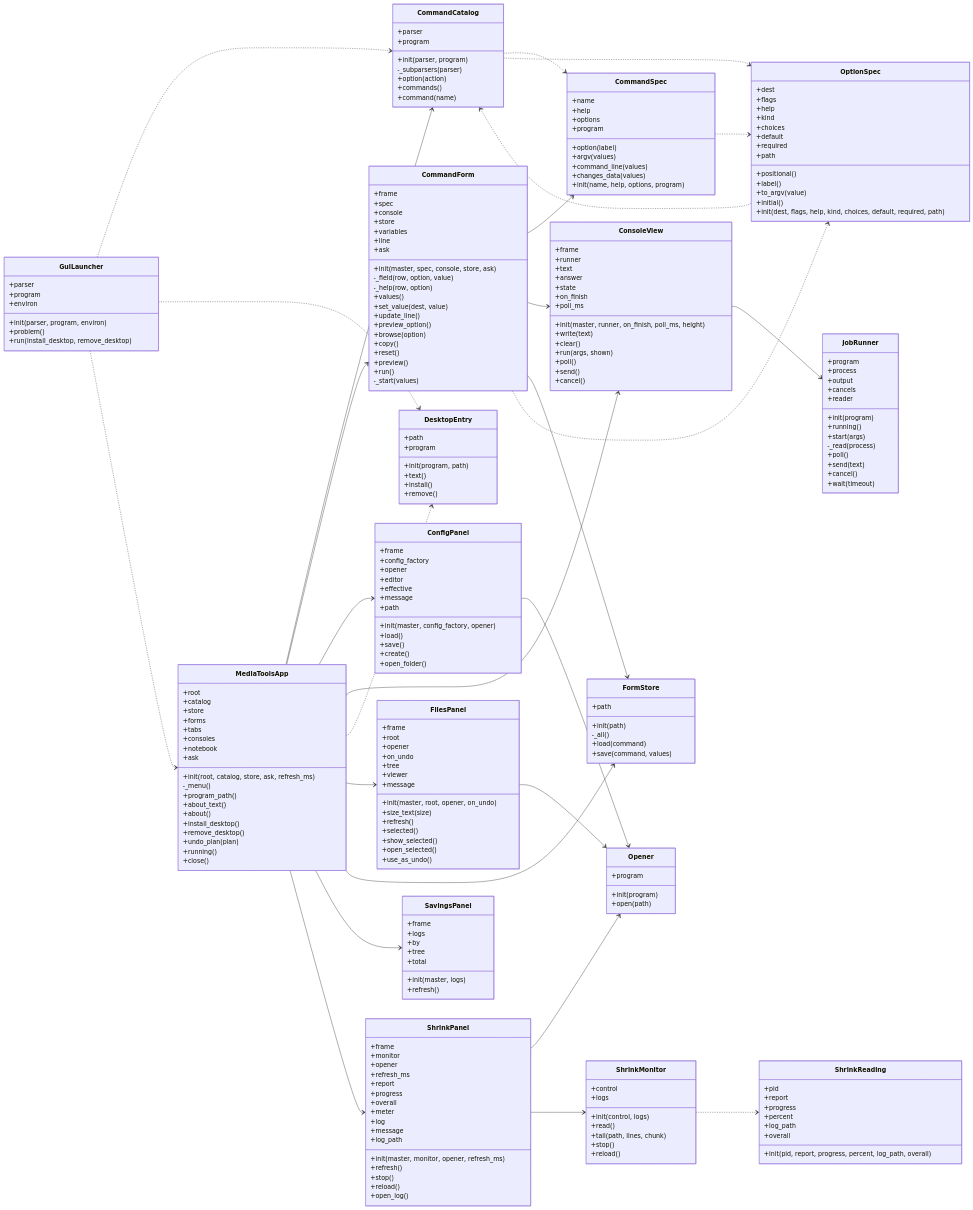
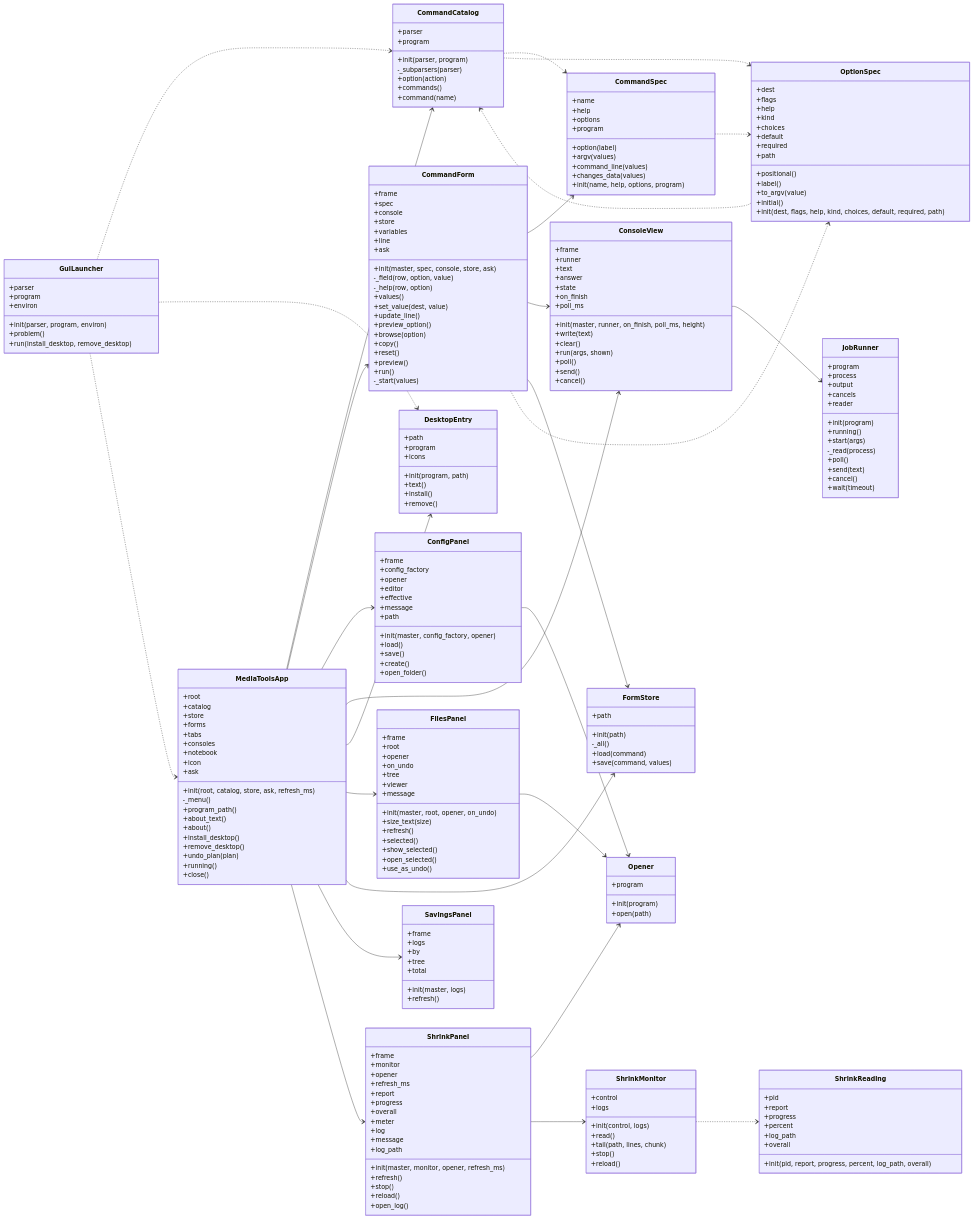
One commit to peddanet/mediatools changed the diagram in docs/img/uml_gui.mmd. Above: the diagram before and after it, drawn with Mermaid. The commit also changed 15 other files, not shown here.

```diff
--- a/docs/img/uml_gui.mmd
+++ b/docs/img/uml_gui.mmd
@@ -8,6 +8,7 @@
     +tabs
     +consoles
     +notebook
+    +icon
     +ask
     +init(root, catalog, store, ask, refresh_ms)
     -_menu()
@@ -95,6 +96,7 @@
   class DesktopEntry {
     +path
     +program
+    +icons
     +init(program, path)
     +text()
     +install()
@@ -215,7 +217,7 @@
   MediaToolsApp --> CommandForm
   MediaToolsApp --> ConfigPanel
   MediaToolsApp --> ConsoleView
-  MediaToolsApp ..> DesktopEntry
+  MediaToolsApp --> DesktopEntry
   MediaToolsApp --> FilesPanel
   MediaToolsApp --> FormStore
   MediaToolsApp --> SavingsPanel
```
